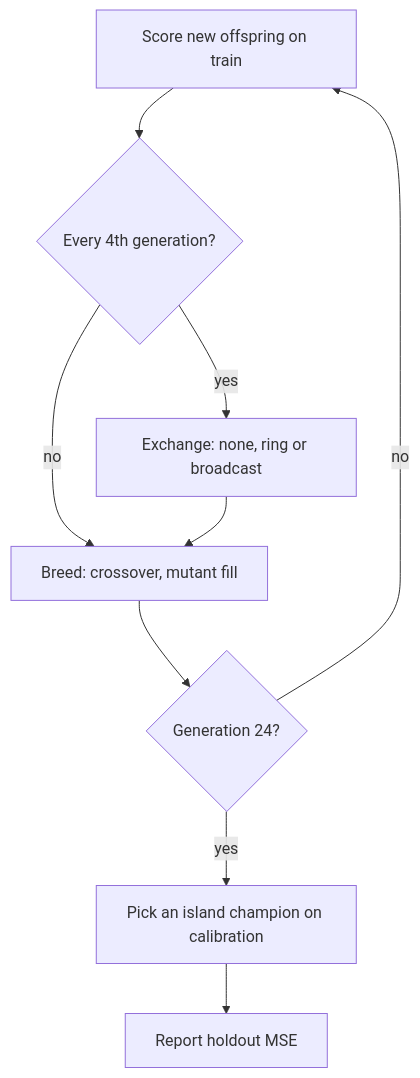
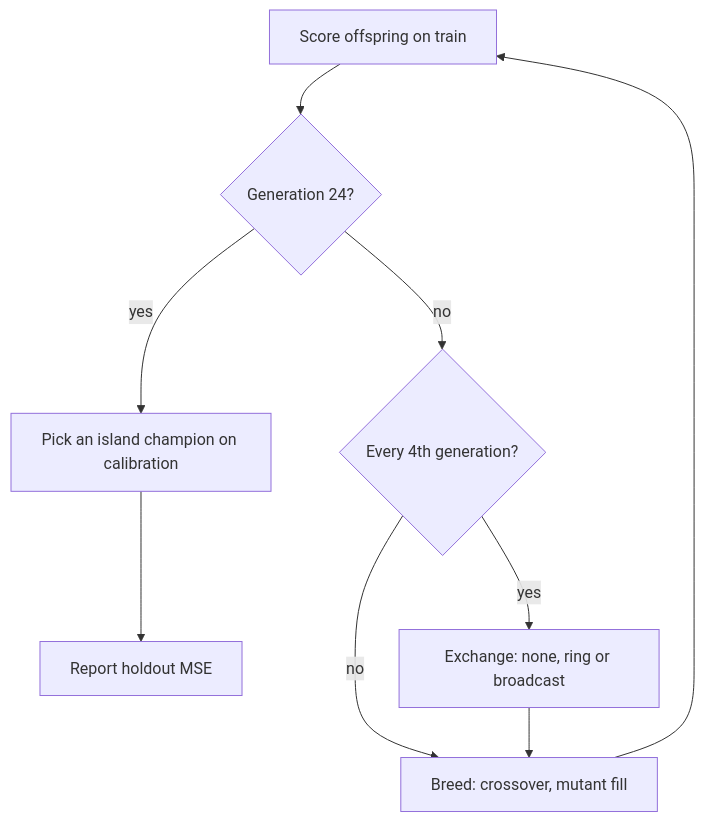
One commit to stSoftwareAU/NEAT-AI changed the diagram in docs/archive/pr-summaries/pr-summary-4159.md. Above: the diagram before and after it, drawn with Mermaid. The commit also changed other lines of this file and 1 other file, not shown here.

Commit message:
PR #4168: fix flowcharts so generation 24 exits before exchange and breed
Vibe-Coder-Run-Id: vibe-mwgemxfz-226dff

````diff
--- a/docs/archive/pr-summaries/pr-summary-4159.md
+++ b/docs/archive/pr-summaries/pr-summary-4159.md
@@ -104,11 +105,11 @@
 ```mermaid
 flowchart TD
-    A["Score new offspring on train"] --> B{"Every 4th generation?"}
-    B -- "yes" --> C["Exchange: none, ring or broadcast"]
-    B -- "no" --> D["Breed: crossover, mutant fill"]
-    C --> D
-    D --> E{"Generation 24?"}
-    E -- "no" --> A
-    E -- "yes" --> F["Pick an island champion on calibration"]
+    A["Score offspring on train"] --> B{"Generation 24?"}
+    B -- "yes" --> F["Pick an island champion on calibration"]
     F --> G["Report holdout MSE"]
+    B -- "no" --> C{"Every 4th generation?"}
+    C -- "yes" --> D["Exchange: none, ring or broadcast"]
+    C -- "no" --> E["Breed: crossover, mutant fill"]
+    D --> E
+    E --> A
 ```
````
